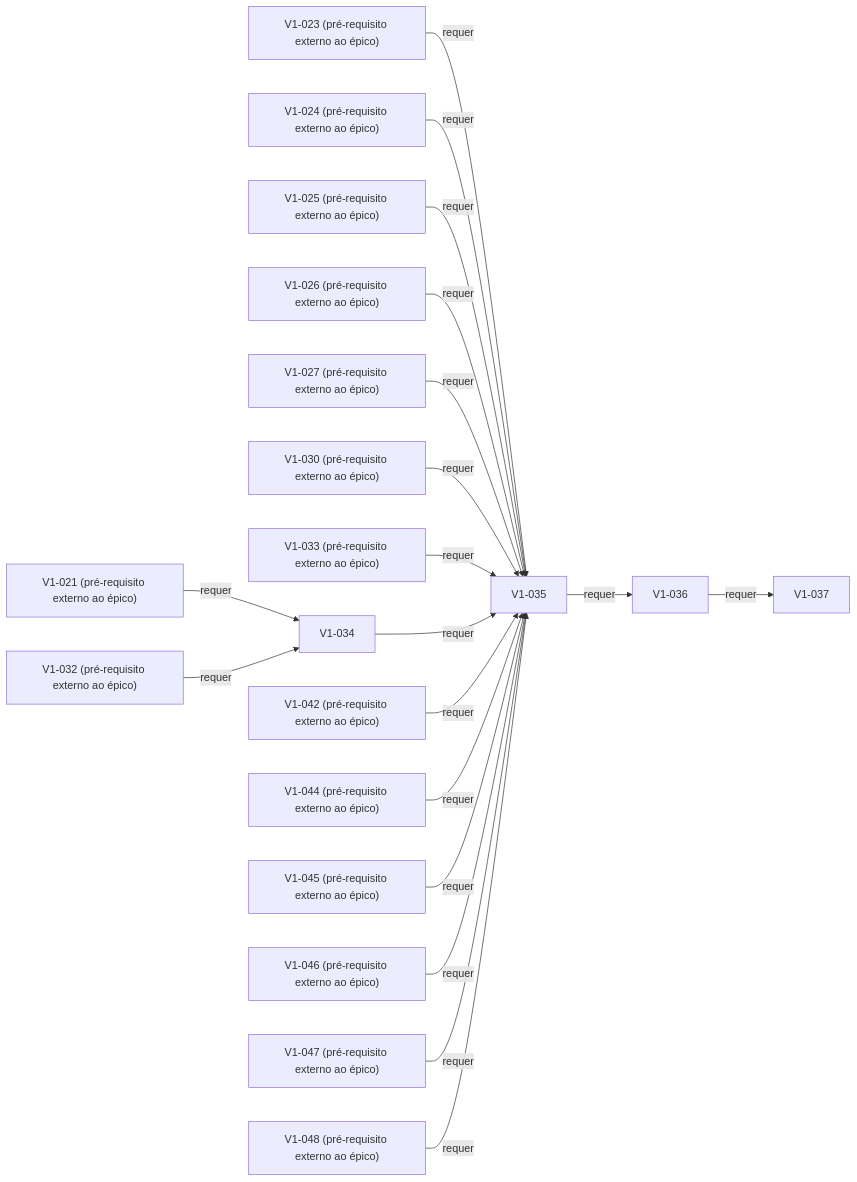
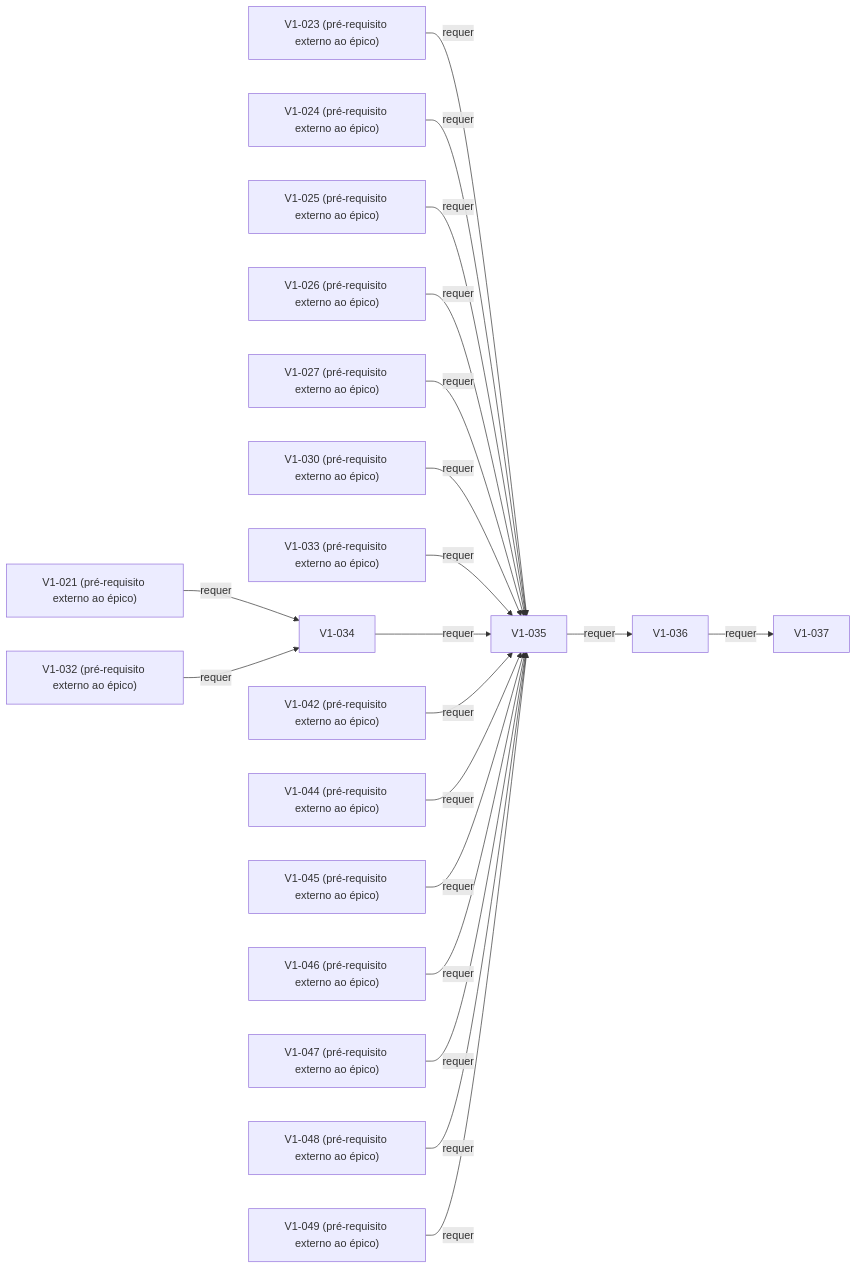
The tenth of 12 diagrams in docs/arquitetura/gerado/progresso.md (richardcastrogois/TrainForge), drawn with Mermaid before and after one commit. The commit also changed other lines of this file and 19 other files, not shown here.

````diff
--- a/docs/arquitetura/gerado/progresso.md
+++ b/docs/arquitetura/gerado/progresso.md
@@ -305,40 +319,42 @@
 ```mermaid
 flowchart LR
     node0["V1-021 (pré-requisito externo ao épico)"]
     node1["V1-023 (pré-requisito externo ao épico)"]
     node2["V1-024 (pré-requisito externo ao épico)"]
     node3["V1-025 (pré-requisito externo ao épico)"]
     node4["V1-026 (pré-requisito externo ao épico)"]
     node5["V1-027 (pré-requisito externo ao épico)"]
     node6["V1-030 (pré-requisito externo ao épico)"]
     node7["V1-032 (pré-requisito externo ao épico)"]
     node8["V1-033 (pré-requisito externo ao épico)"]
     node9["V1-034"]
     node10["V1-035"]
     node11["V1-036"]
     node12["V1-037"]
     node13["V1-042 (pré-requisito externo ao épico)"]
     node14["V1-044 (pré-requisito externo ao épico)"]
     node15["V1-045 (pré-requisito externo ao épico)"]
     node16["V1-046 (pré-requisito externo ao épico)"]
     node17["V1-047 (pré-requisito externo ao épico)"]
     node18["V1-048 (pré-requisito externo ao épico)"]
+    node19["V1-049 (pré-requisito externo ao épico)"]
     node0 -->|"requer"| node9
     node7 -->|"requer"| node9
     node1 -->|"requer"| node10
     node2 -->|"requer"| node10
     node3 -->|"requer"| node10
     node4 -->|"requer"| node10
     node5 -->|"requer"| node10
     node6 -->|"requer"| node10
     node8 -->|"requer"| node10
     node9 -->|"requer"| node10
     node13 -->|"requer"| node10
     node14 -->|"requer"| node10
     node15 -->|"requer"| node10
     node16 -->|"requer"| node10
     node17 -->|"requer"| node10
     node18 -->|"requer"| node10
+    node19 -->|"requer"| node10
     node10 -->|"requer"| node11
     node11 -->|"requer"| node12
 ```
````
